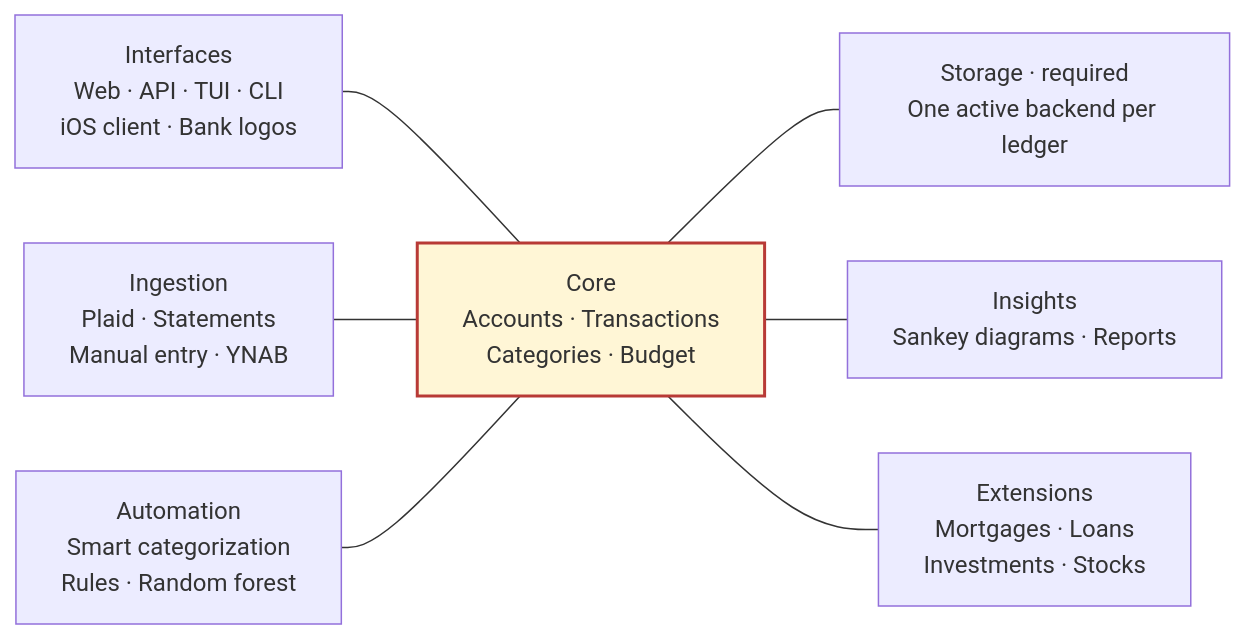
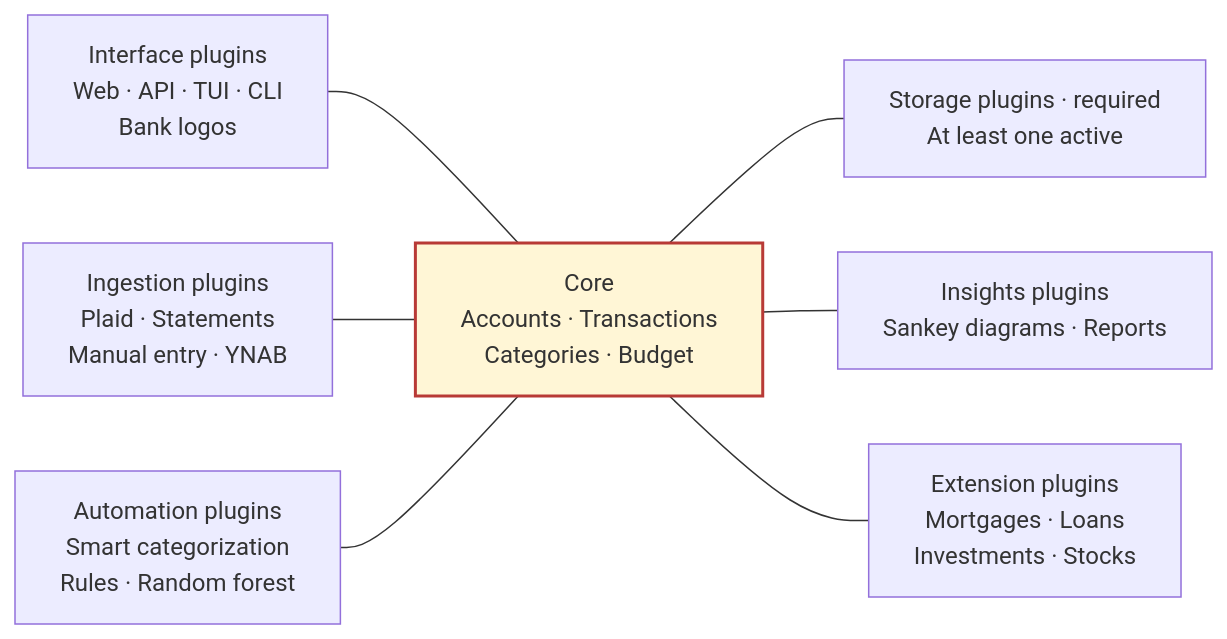
The diagram in README.md (Fillll/whab), drawn with Mermaid before and after one commit. The commit also changed other lines of this file and 1 other file, not shown here.

Commit message:
Clarify plugin families and required storage selection (#16)

````diff
--- a/README.md
+++ b/README.md
@@ -23,13 +23,13 @@
 ```mermaid
 flowchart LR
-    Interfaces["Interfaces<br/>Web · API · TUI · CLI<br/>iOS client · Bank logos"] --- Core
-    Ingestion["Ingestion<br/>Plaid · Statements<br/>Manual entry · YNAB"] --- Core
-    Automation["Automation<br/>Smart categorization<br/>Rules · Random forest"] --- Core
+    Interfaces["Interface plugins<br/>Web · API · TUI · CLI<br/>Bank logos"] --- Core
+    Ingestion["Ingestion plugins<br/>Plaid · Statements<br/>Manual entry · YNAB"] --- Core
+    Automation["Automation plugins<br/>Smart categorization<br/>Rules · Random forest"] --- Core
 
-    Core["Core<br/>Accounts · Transactions<br/>Categories · Budget"] --- Storage["Storage · required<br/>One active backend per ledger"]
-    Core --- Insights["Insights<br/>Sankey diagrams · Reports"]
-    Core --- Extensions["Extensions<br/>Mortgages · Loans<br/>Investments · Stocks"]
+    Core["Core<br/>Accounts · Transactions<br/>Categories · Budget"] --- Storage["Storage plugins · required<br/>At least one active"]
+    Core --- Insights["Insights plugins<br/>Sankey diagrams · Reports"]
+    Core --- Extensions["Extension plugins<br/>Mortgages · Loans<br/>Investments · Stocks"]
 
     classDef domain fill:#fff6d6,stroke:#b83a36,stroke-width:2px
     class Core domain
 ```
````
